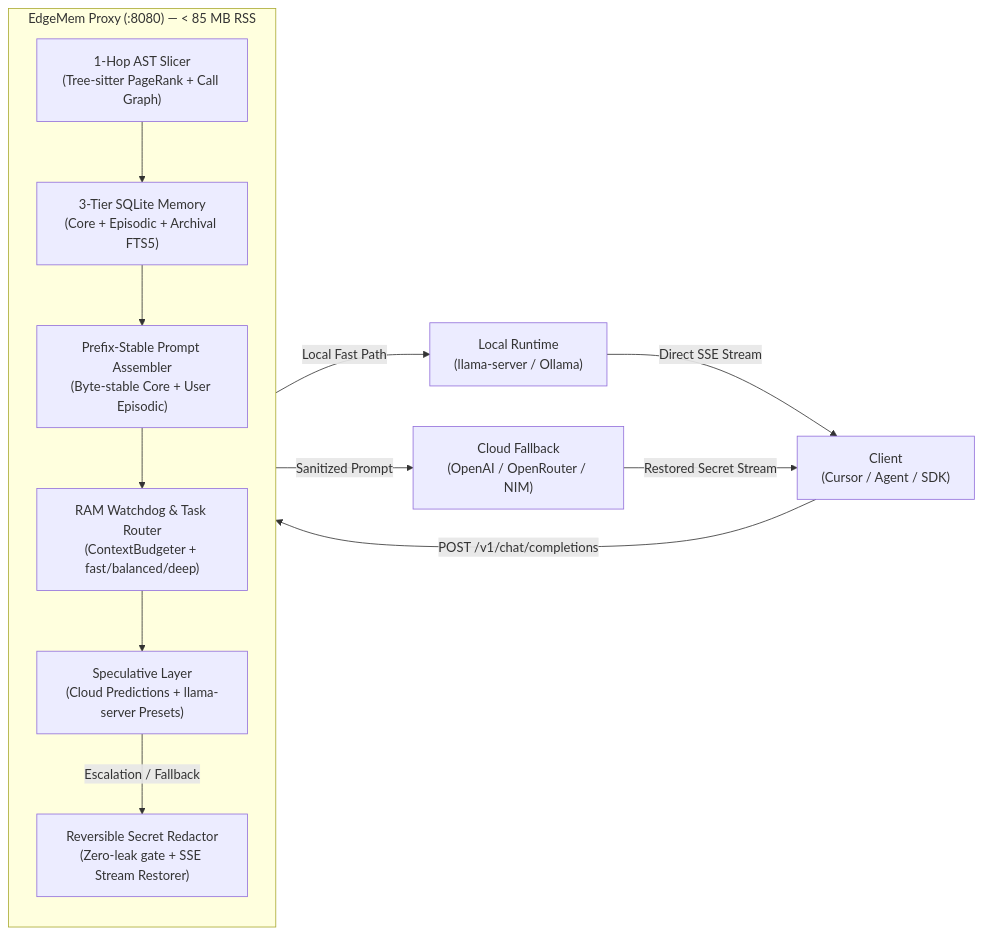
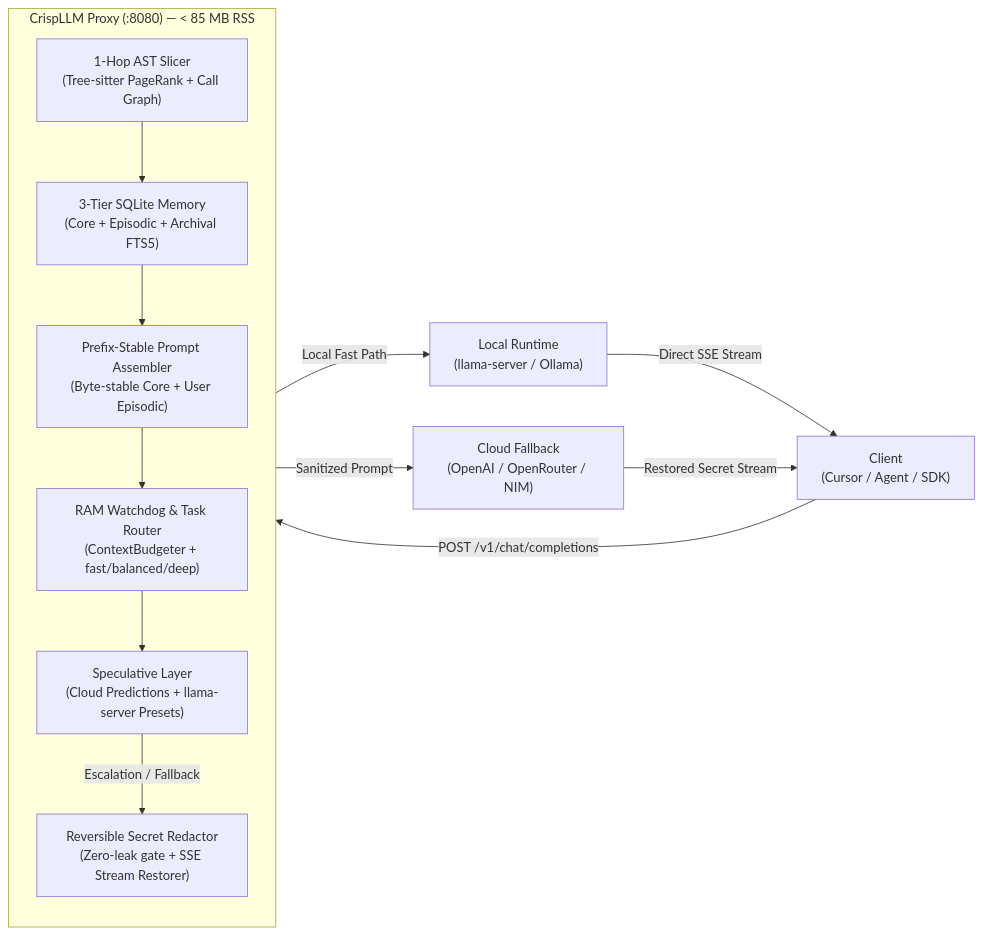
Before and after one commit to dhanushveerla/crispllm: the diagram in README.md, drawn with Mermaid. The commit also changed other lines of this file and 56 other files, not shown here.

Commit message:
refactor(brand): rebrand EdgeMem to CrispLLM for v1.1.0 release

````diff
--- a/README.md
+++ b/README.md
@@ -71,28 +71,28 @@
 ```mermaid
 flowchart LR
     Client["Client<br/>(Cursor / Agent / SDK)"]
     
-    subgraph EdgeMemProxy ["EdgeMem Proxy (:8080) — &lt; 85 MB RSS"]
+    subgraph CrispLLMProxy ["CrispLLM Proxy (:8080) — &lt; 85 MB RSS"]
         direction TB
         Slicer["1-Hop AST Slicer<br/>(Tree-sitter PageRank + Call Graph)"]
         Memory["3-Tier SQLite Memory<br/>(Core + Episodic + Archival FTS5)"]
         Assembler["Prefix-Stable Prompt Assembler<br/>(Byte-stable Core + User Episodic)"]
         WatchdogRouter["RAM Watchdog &amp; Task Router<br/>(ContextBudgeter + fast/balanced/deep)"]
         Speculative["Speculative Layer<br/>(Cloud Predictions + llama-server Presets)"]
         Redactor["Reversible Secret Redactor<br/>(Zero-leak gate + SSE Stream Restorer)"]
     end
     
     LocalRuntime["Local Runtime<br/>(llama-server / Ollama)"]
     CloudRuntime["Cloud Fallback<br/>(OpenAI / OpenRouter / NIM)"]
     
     Client -->|POST /v1/chat/completions| Slicer
     Slicer --> Memory
     Memory --> Assembler
     Assembler --> WatchdogRouter
     WatchdogRouter --> Speculative
     Speculative -->|Local Fast Path| LocalRuntime
     Speculative -->|Escalation / Fallback| Redactor
     Redactor -->|Sanitized Prompt| CloudRuntime
     LocalRuntime -->|Direct SSE Stream| Client
     CloudRuntime -->|Restored Secret Stream| Client
 ```
````
